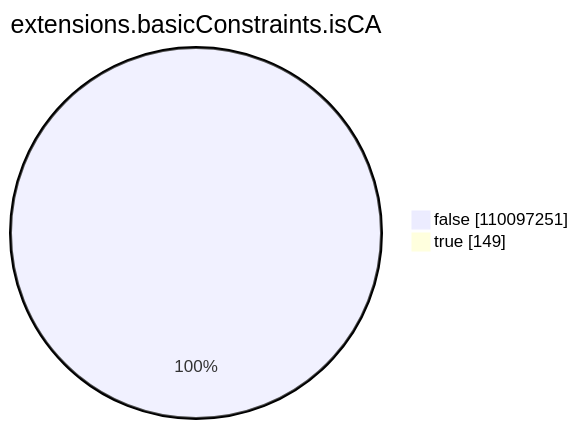
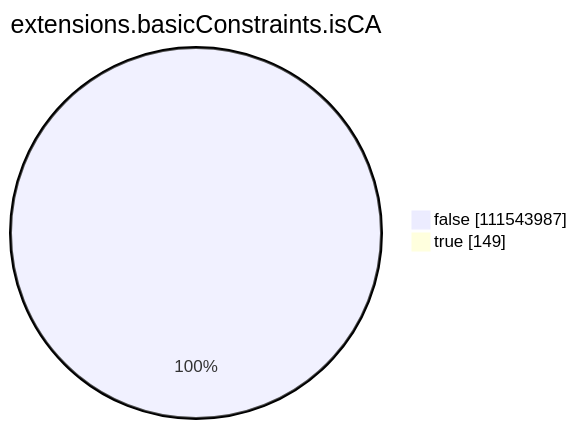
One commit to christiankrug/ctmonitor_visualization changed the seventh of 15 diagrams in xenon2023/README.md. Above: the diagram before and after it, drawn with Mermaid. The commit also changed other lines of this file, not shown here.

````diff
--- a/xenon2023/README.md
+++ b/xenon2023/README.md
@@ -2138,6 +2138,6 @@
 ```mermaid
 pie showData
 title extensions.basicConstraints.isCA
-"false" :110097251
+"false" :111543987
 "true" :149
 ```
````
